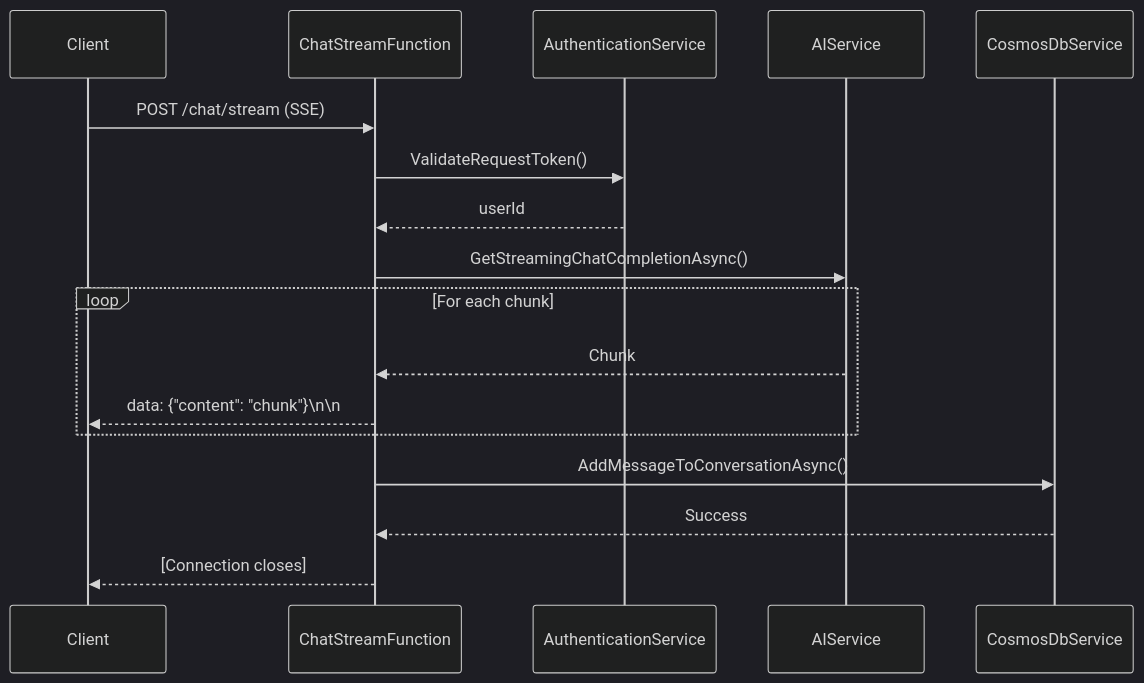
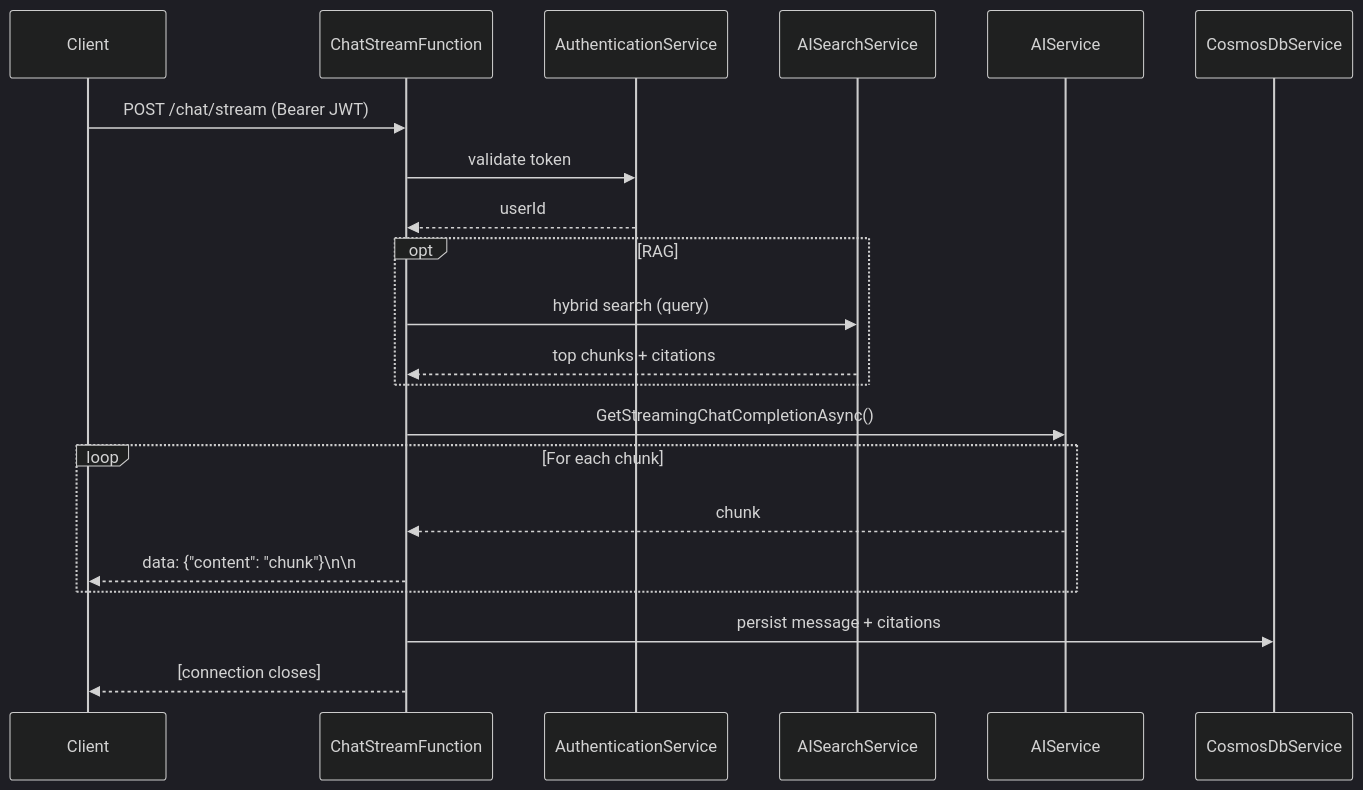
The first of 2 diagrams in documents/backend_architecture.md (derekhuynen/ai-rag-chat-bot), drawn with Mermaid (dark theme) before and after one commit. The commit also changed other lines of this file and 10 other files, not shown here.

````diff
--- a/documents/backend_architecture.md
+++ b/documents/backend_architecture.md
@@ -266,14 +137,17 @@
 ```mermaid
 sequenceDiagram
-    Client->>ChatStreamFunction: POST /chat/stream (SSE)
-    ChatStreamFunction->>AuthenticationService: ValidateRequestToken()
+    Client->>ChatStreamFunction: POST /chat/stream (Bearer JWT)
+    ChatStreamFunction->>AuthenticationService: validate token
     AuthenticationService-->>ChatStreamFunction: userId
+    opt RAG
+        ChatStreamFunction->>AISearchService: hybrid search (query)
+        AISearchService-->>ChatStreamFunction: top chunks + citations
+    end
     ChatStreamFunction->>AIService: GetStreamingChatCompletionAsync()
     loop For each chunk
-        AIService-->>ChatStreamFunction: Chunk
+        AIService-->>ChatStreamFunction: chunk
         ChatStreamFunction-->>Client: data: {"content": "chunk"}\n\n
     end
-    ChatStreamFunction->>CosmosDbService: AddMessageToConversationAsync()
-    CosmosDbService-->>ChatStreamFunction: Success
-    ChatStreamFunction-->>Client: [Connection closes]
+    ChatStreamFunction->>CosmosDbService: persist message + citations
+    ChatStreamFunction-->>Client: [connection closes]
 ```
````
